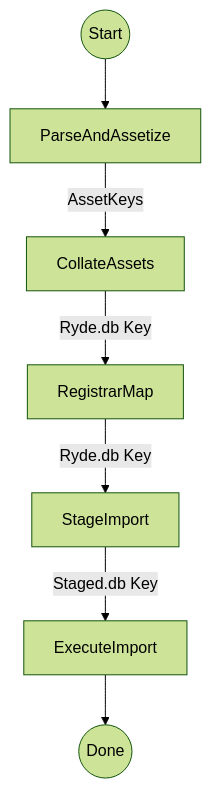
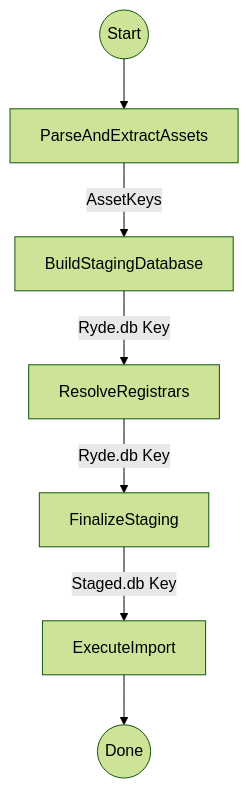
One commit to onasunnymorning/domain-os changed the diagram in docs/escrow_imports_walkthrough.md. Above: the diagram before and after it, drawn with Mermaid (forest theme). The commit also changed other lines of this file and 65 other files, not shown here.

````diff
--- a/docs/escrow_imports_walkthrough.md
+++ b/docs/escrow_imports_walkthrough.md
@@ -9,9 +9,9 @@
 ```mermaid
 flowchart TB
-    Start((Start)) --> A[ParseAndAssetize]
-    A -->|AssetKeys| B[CollateAssets]
-    B -->|Ryde.db Key| C[RegistrarMap]
-    C -->|Ryde.db Key| D[StageImport]
+    Start((Start)) --> A[ParseAndExtractAssets]
+    A -->|AssetKeys| B[BuildStagingDatabase]
+    B -->|Ryde.db Key| C[ResolveRegistrars]
+    C -->|Ryde.db Key| D[FinalizeStaging]
     D -->|Staged.db Key| E[ExecuteImport]
     E --> End((Done))
 ```
````
